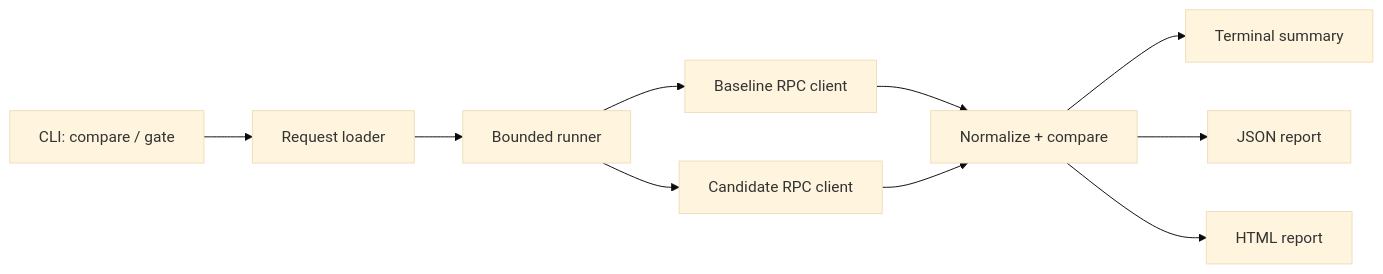
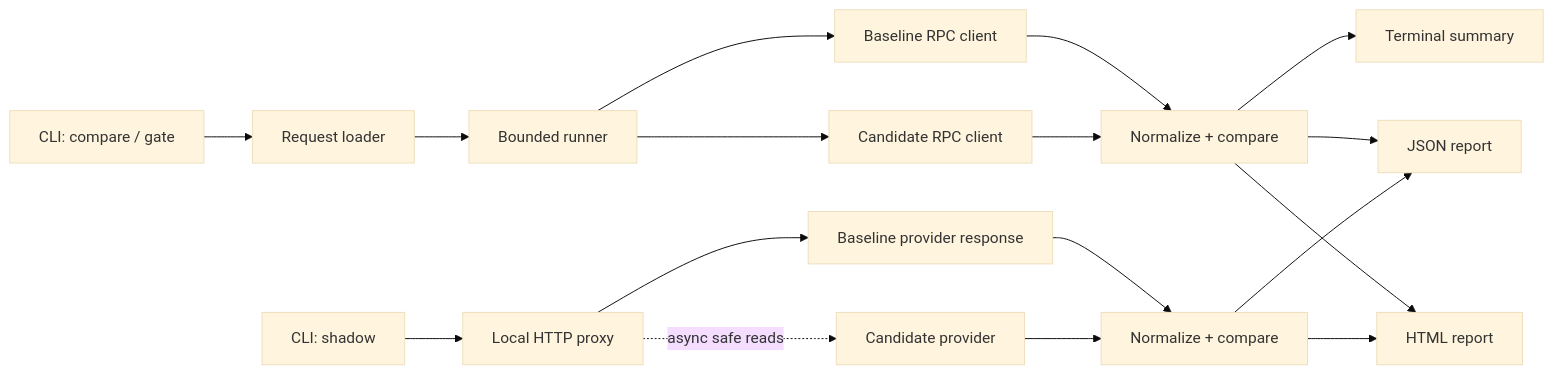
Before and after one commit to lakshkumar06/rpcdiff: the diagram in README.md, drawn with Mermaid (base theme). The commit also changed other lines of this file and 2 other files, not shown here.

Commit message:
Expose shadow mode and CI usage

````diff
--- a/README.md
+++ b/README.md
@@ -102,12 +155,19 @@
 ```mermaid
 flowchart LR
     A[CLI: compare / gate] --> B[Request loader]
     B --> C[Bounded runner]
     C --> D[Baseline RPC client]
     C --> E[Candidate RPC client]
     D --> F[Normalize + compare]
     E --> F
     F --> G[Terminal summary]
     F --> H[JSON report]
     F --> I[HTML report]
+    J[CLI: shadow] --> K[Local HTTP proxy]
+    K --> L[Baseline provider response]
+    K -. async safe reads .-> M[Candidate provider]
+    L --> N[Normalize + compare]
+    M --> N
+    N --> H
+    N --> I
 ```
````
